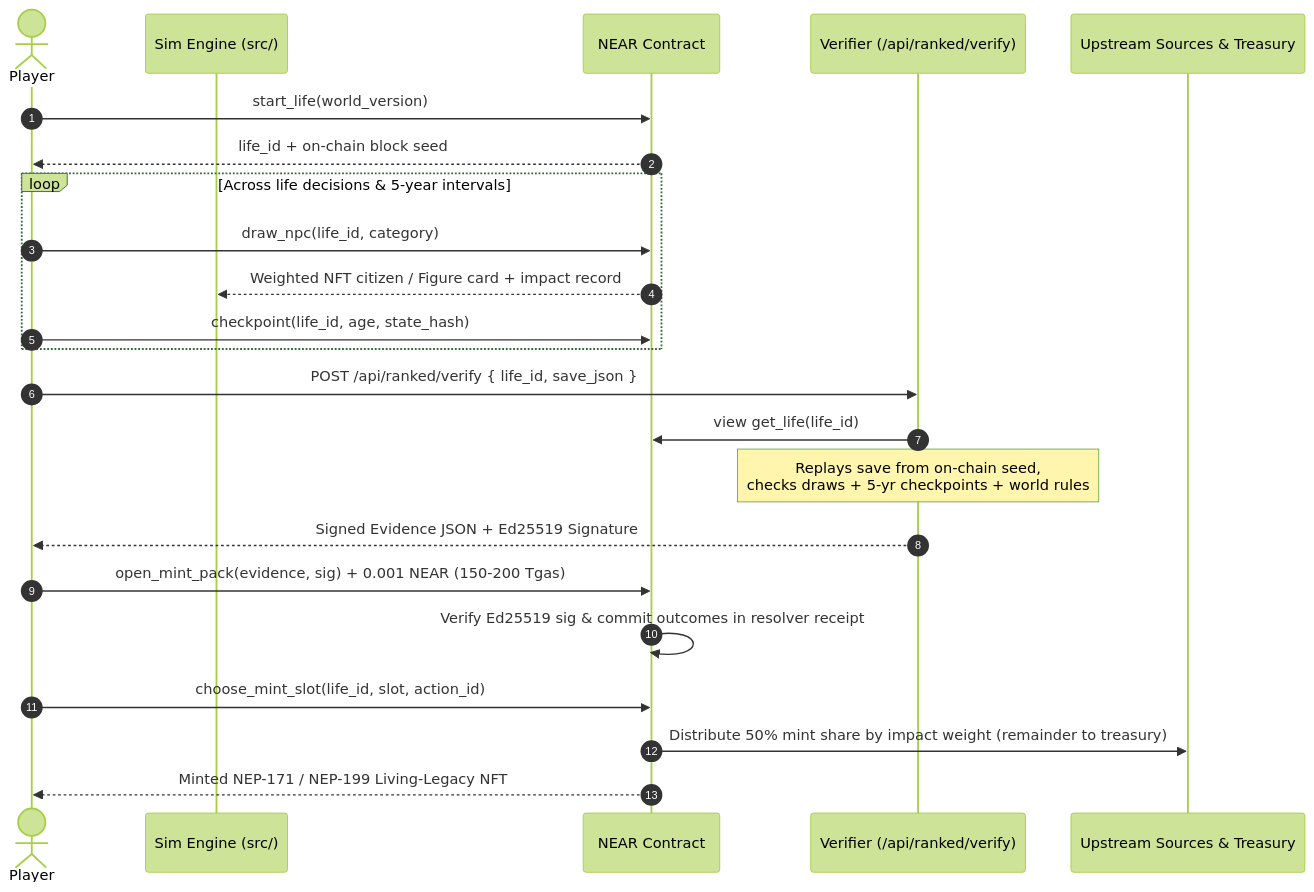
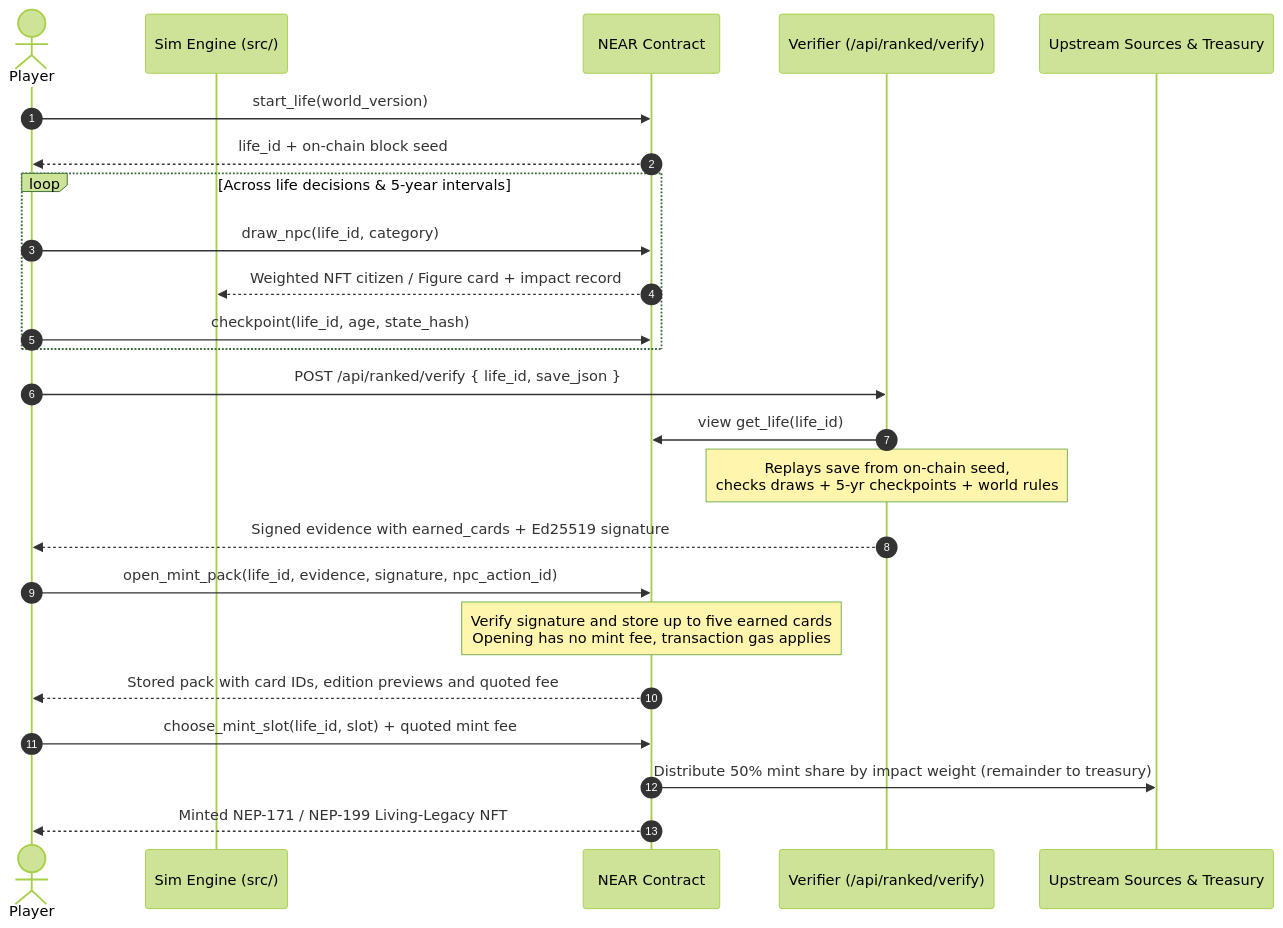
Before and after one commit to kvnhoag/everfolk: the second of 3 diagrams in README.md, drawn with Mermaid (forest theme). The commit also changed other lines of this file, not shown here.

````diff
--- a/README.md
+++ b/README.md
@@ -314,26 +339,27 @@
 ```mermaid
 sequenceDiagram
     autonumber
     actor P as Player
     participant E as Sim Engine (src/)
     participant C as NEAR Contract
     participant V as Verifier (/api/ranked/verify)
     participant S as Upstream Sources & Treasury
 
     P->>C: start_life(world_version)
     C-->>P: life_id + on-chain block seed
     loop Across life decisions & 5-year intervals
         P->>C: draw_npc(life_id, category)
         C-->>E: Weighted NFT citizen / Figure card + impact record
         P->>C: checkpoint(life_id, age, state_hash)
     end
     P->>V: POST /api/ranked/verify { life_id, save_json }
     V->>C: view get_life(life_id)
     Note over V: Replays save from on-chain seed,<br/>checks draws + 5-yr checkpoints + world rules
-    V-->>P: Signed Evidence JSON + Ed25519 Signature
-    P->>C: open_mint_pack(evidence, sig) + 0.001 NEAR (150-200 Tgas)
-    C->>C: Verify Ed25519 sig & commit outcomes in resolver receipt
-    P->>C: choose_mint_slot(life_id, slot, action_id)
+    V-->>P: Signed evidence with earned_cards + Ed25519 signature
+    P->>C: open_mint_pack(life_id, evidence, signature, npc_action_id)
+    Note over C: Verify signature and store up to five earned cards<br/>Opening has no mint fee, transaction gas applies
+    C-->>P: Stored pack with card IDs, edition previews and quoted fee
+    P->>C: choose_mint_slot(life_id, slot) + quoted mint fee
     C->>S: Distribute 50% mint share by impact weight (remainder to treasury)
     C-->>P: Minted NEP-171 / NEP-199 Living-Legacy NFT
 ```
````
